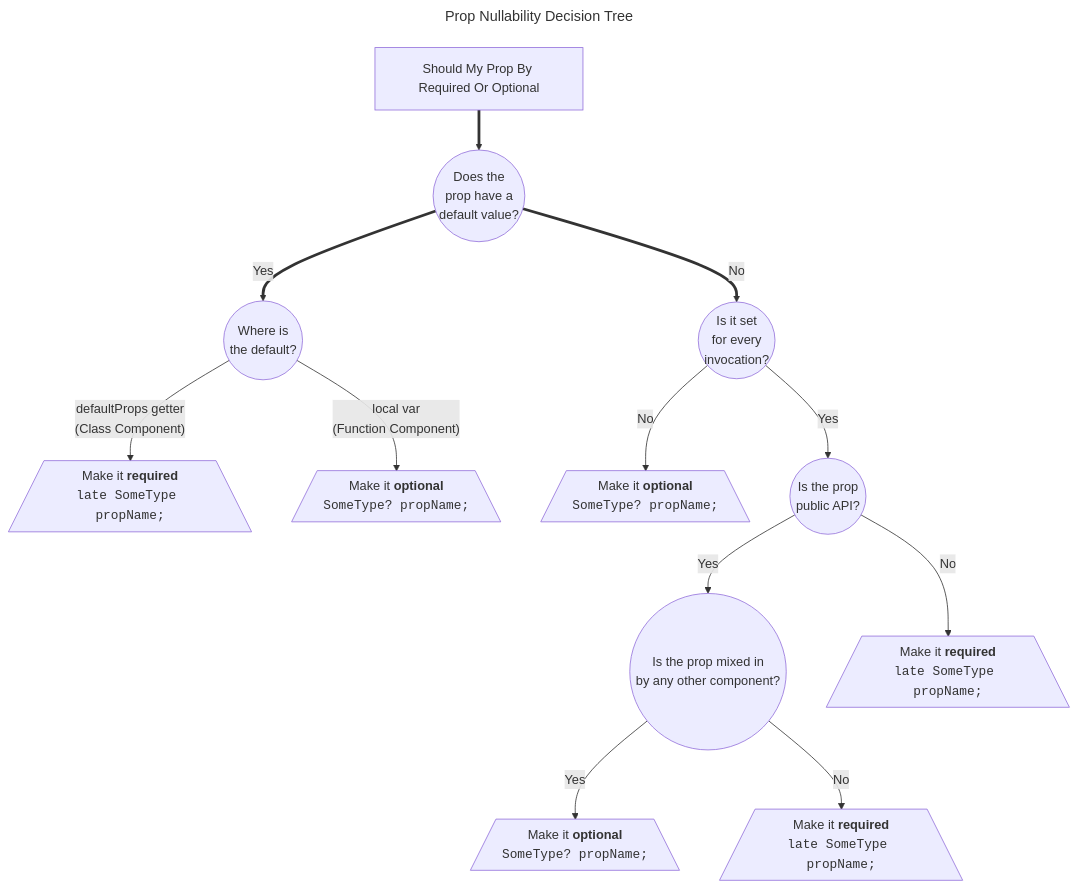
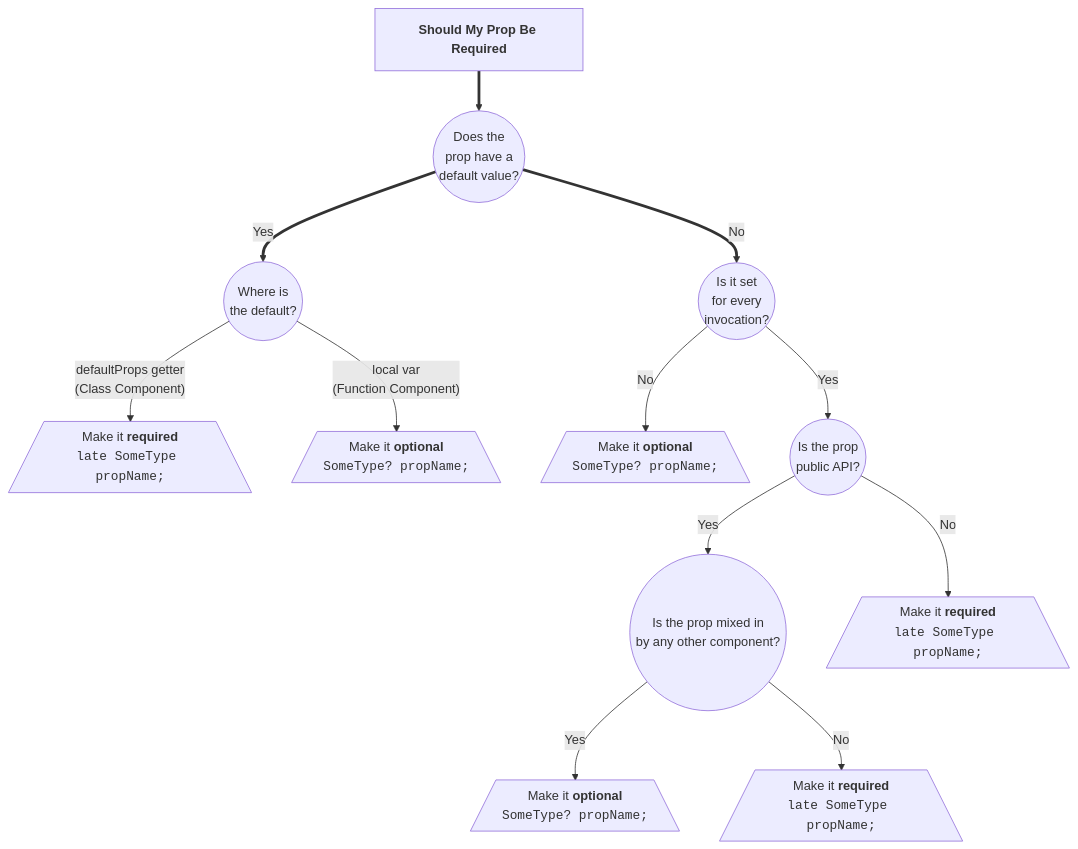
One commit to Workiva/over_react changed the diagram in doc/null_safety/null_safe_migration.md. Above: the diagram before and after it, drawn with Mermaid.

````diff
--- a/doc/null_safety/null_safe_migration.md
+++ b/doc/null_safety/null_safe_migration.md
@@ -121,17 +121,14 @@
 ```mermaid
----
-title: Prop Nullability Decision Tree
----
 flowchart TD
-    Start[Should My Prop By Required Or Optional]==>HasDefault
+    Start[<strong>Should My Prop Be Required</strong>]==>HasDefault
       HasDefault((Does the \nprop have a \ndefault value?))== Yes ==> Defaulted
         Defaulted((Where is \nthe default?))-- defaultProps getter\n(Class Component) --> End_Defaulted1[/"Make it <strong>required</strong>\n<code>late SomeType propName;</code>"\]
         Defaulted-- local var\n(Function Component) --> End_Optional1[/"Make it <strong>optional</strong>\n<code>SomeType? propName;</code>"\]
       HasDefault == No ==> NotDefaulted
         NotDefaulted((Is it set \nfor every \ninvocation?))-- No --> End_Optional2[/"Make it <strong>optional</strong>\n<code>SomeType? propName;</code>"\]
         NotDefaulted-- Yes --> AlwaysSpecified
           AlwaysSpecified((Is the prop \npublic API?))-- Yes --> PublicAlwaysSpecified
             PublicAlwaysSpecified((Is the prop mixed in \nby any other component?))-- Yes --> End_PublicAlwaysSpecifiedMixedIn[/"Make it <strong>optional</strong>\n<code>SomeType? propName;</code>"\]
             PublicAlwaysSpecified-- No --> End_PublicAlwaysSpecifiedNotMixedIn[/"Make it <strong>required</strong>\n<code>late SomeType propName;</code>"\]
           AlwaysSpecified-- No --> PublicAlwaysSpecifiedNotConsumed[/"Make it <strong>required</strong>\n<code>late SomeType propName;</code>"\]
 ```
````
